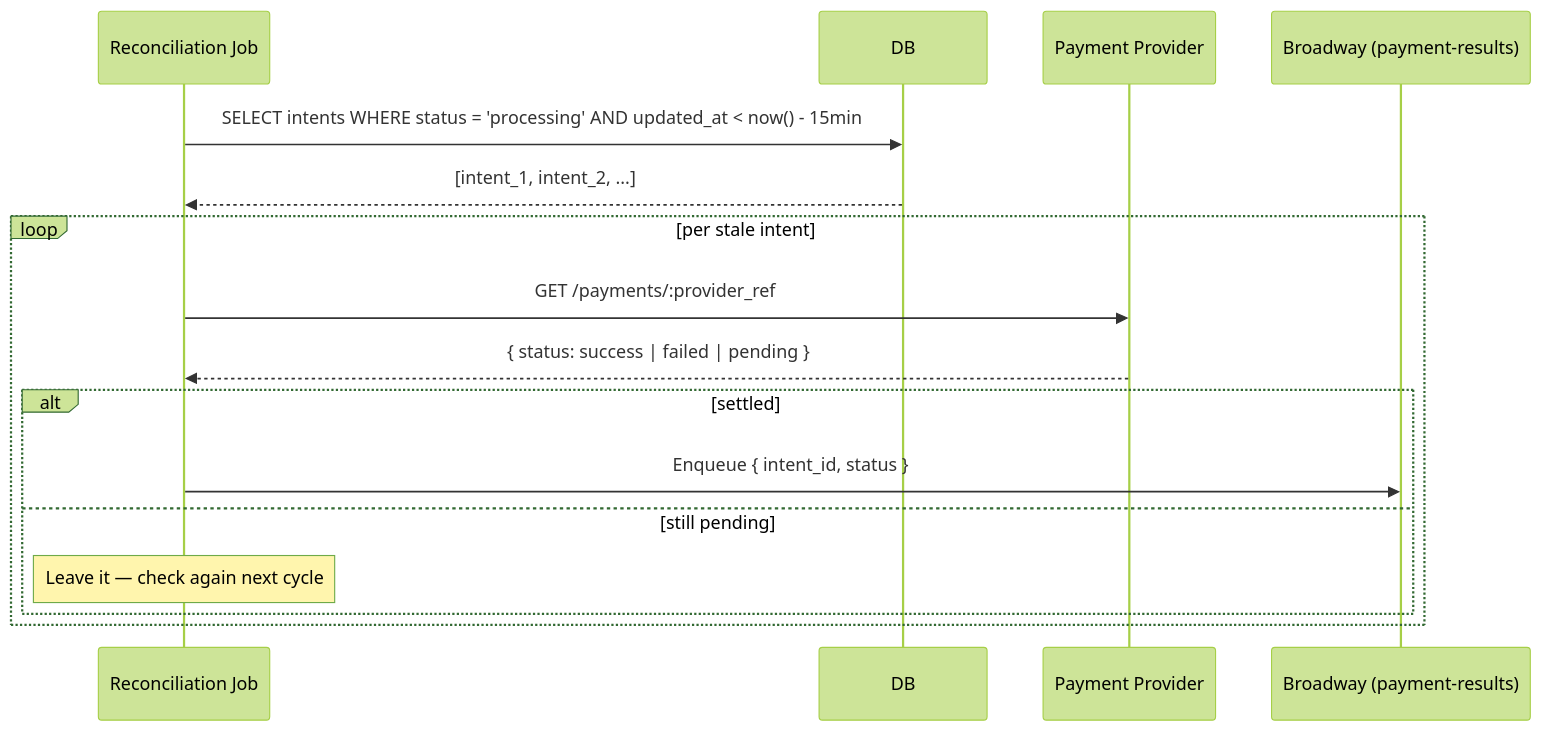
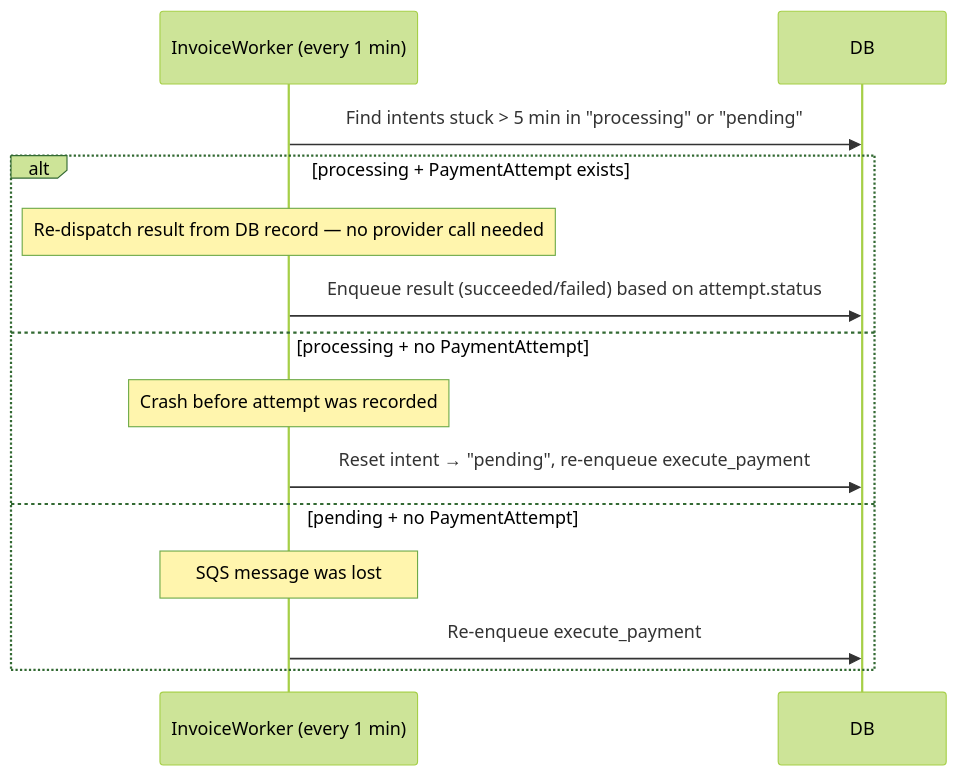
The fourth of 4 diagrams in Docs/1.5- SEQUENCE.md (jpdealba/global_payroll), drawn with Mermaid (forest theme) before and after one commit. The commit also changed other lines of this file and 3 other files, not shown here.

Commit message:
Update documentation for requirements, sequence, API design, and architecture.

````diff
--- a/Docs/1.5- SEQUENCE.md
+++ b/Docs/1.5- SEQUENCE.md
@@ -117,21 +121,18 @@
 ```mermaid
 sequenceDiagram
-    participant Cron as Reconciliation Job
+    participant Worker as InvoiceWorker (every 1 min)
     participant DB
-    participant Provider as Payment Provider
-    participant Results as Broadway (payment-results)
 
-    Cron->>DB: SELECT intents WHERE status = 'processing' AND updated_at < now() - 15min
-    DB-->>Cron: [intent_1, intent_2, ...]
+    Worker->>DB: Find intents stuck > 5 min in "processing" or "pending"
 
-    loop per stale intent
-        Cron->>Provider: GET /payments/:provider_ref
-        Provider-->>Cron: { status: success | failed | pending }
-
-        alt settled
-            Cron->>Results: Enqueue { intent_id, status }
-        else still pending
-            Note over Cron: Leave it — check again next cycle
-        end
+    alt processing + PaymentAttempt exists
+        Note over Worker: Re-dispatch result from DB record — no provider call needed
+        Worker->>DB: Enqueue result (succeeded/failed) based on attempt.status
+    else processing + no PaymentAttempt
+        Note over Worker: Crash before attempt was recorded
+        Worker->>DB: Reset intent → "pending", re-enqueue execute_payment
+    else pending + no PaymentAttempt
+        Note over Worker: SQS message was lost
+        Worker->>DB: Re-enqueue execute_payment
     end
 ```
````
